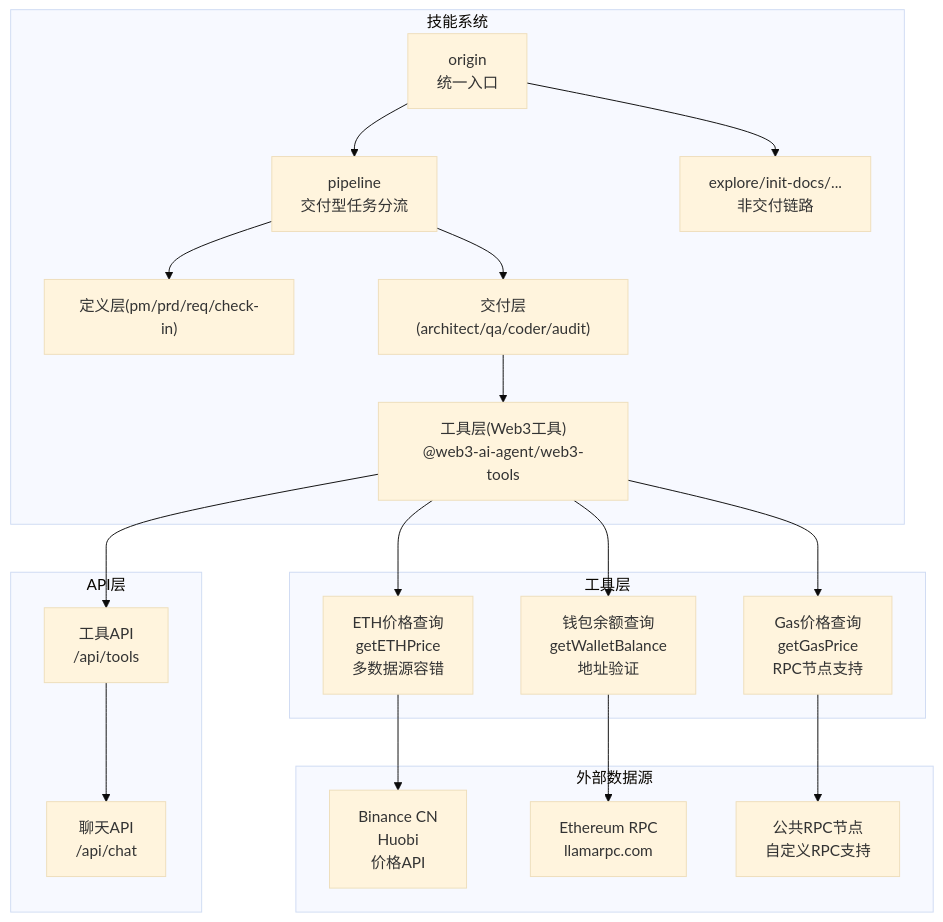
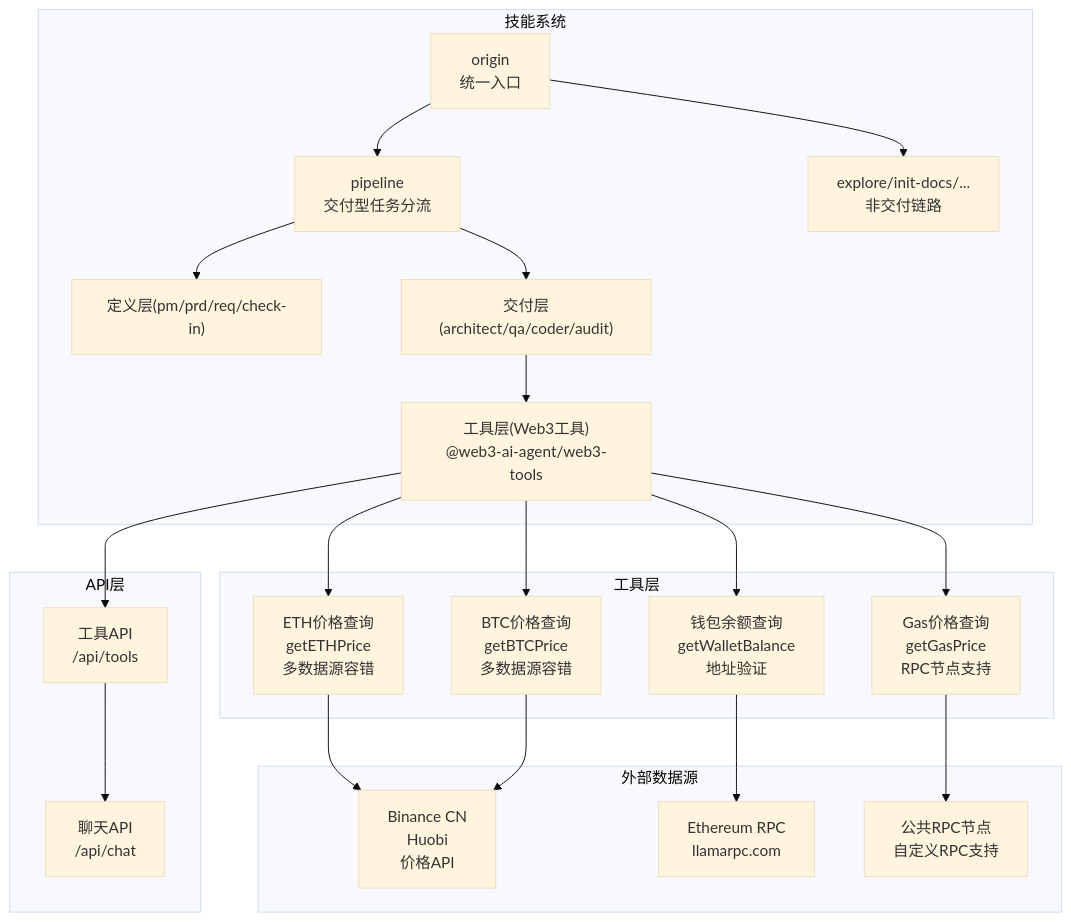
Before and after one commit to CryptoLinxu/Web3-AI-Agent: the second of 7 diagrams in .qoder/repowiki/zh/content/Web3工具集成/Web3工具集成.md, drawn with Mermaid (base theme). The commit also changed other lines of this file and 10 other files, not shown here.

````diff
--- a/.qoder/repowiki/zh/content/Web3工具集成/Web3工具集成.md
+++ b/.qoder/repowiki/zh/content/Web3工具集成/Web3工具集成.md
@@ -101,24 +101,26 @@
 ```mermaid
 graph TB
 subgraph "技能系统"
 O["origin<br/>统一入口"] --> P["pipeline<br/>交付型任务分流"]
 O --> S["explore/init-docs/...<br/>非交付链路"]
 P --> D["定义层(pm/prd/req/check-in)"]
 P --> B["交付层(architect/qa/coder/audit)"]
 B --> T["工具层(Web3工具)<br/>@web3-ai-agent/web3-tools"]
 end
 subgraph "API层"
 T --> API["工具API<br/>/api/tools"]
 API --> CHAT["聊天API<br/>/api/chat"]
 end
 subgraph "工具层"
 T --> W1["ETH价格查询<br/>getETHPrice<br/>多数据源容错"]
-T --> W2["钱包余额查询<br/>getWalletBalance<br/>地址验证"]
-T --> W3["Gas价格查询<br/>getGasPrice<br/>RPC节点支持"]
+T --> W2["BTC价格查询<br/>getBTCPrice<br/>多数据源容错"]
+T --> W3["钱包余额查询<br/>getWalletBalance<br/>地址验证"]
+T --> W4["Gas价格查询<br/>getGasPrice<br/>RPC节点支持"]
 end
 subgraph "外部数据源"
 W1 --> EX1["Binance CN<br/>Huobi<br/>价格API"]
-W2 --> EX2["Ethereum RPC<br/>llamarpc.com"]
-W3 --> EX3["公共RPC节点<br/>自定义RPC支持"]
+W2 --> EX1
+W3 --> EX2["Ethereum RPC<br/>llamarpc.com"]
+W4 --> EX3["公共RPC节点<br/>自定义RPC支持"]
 end
 ```
````
